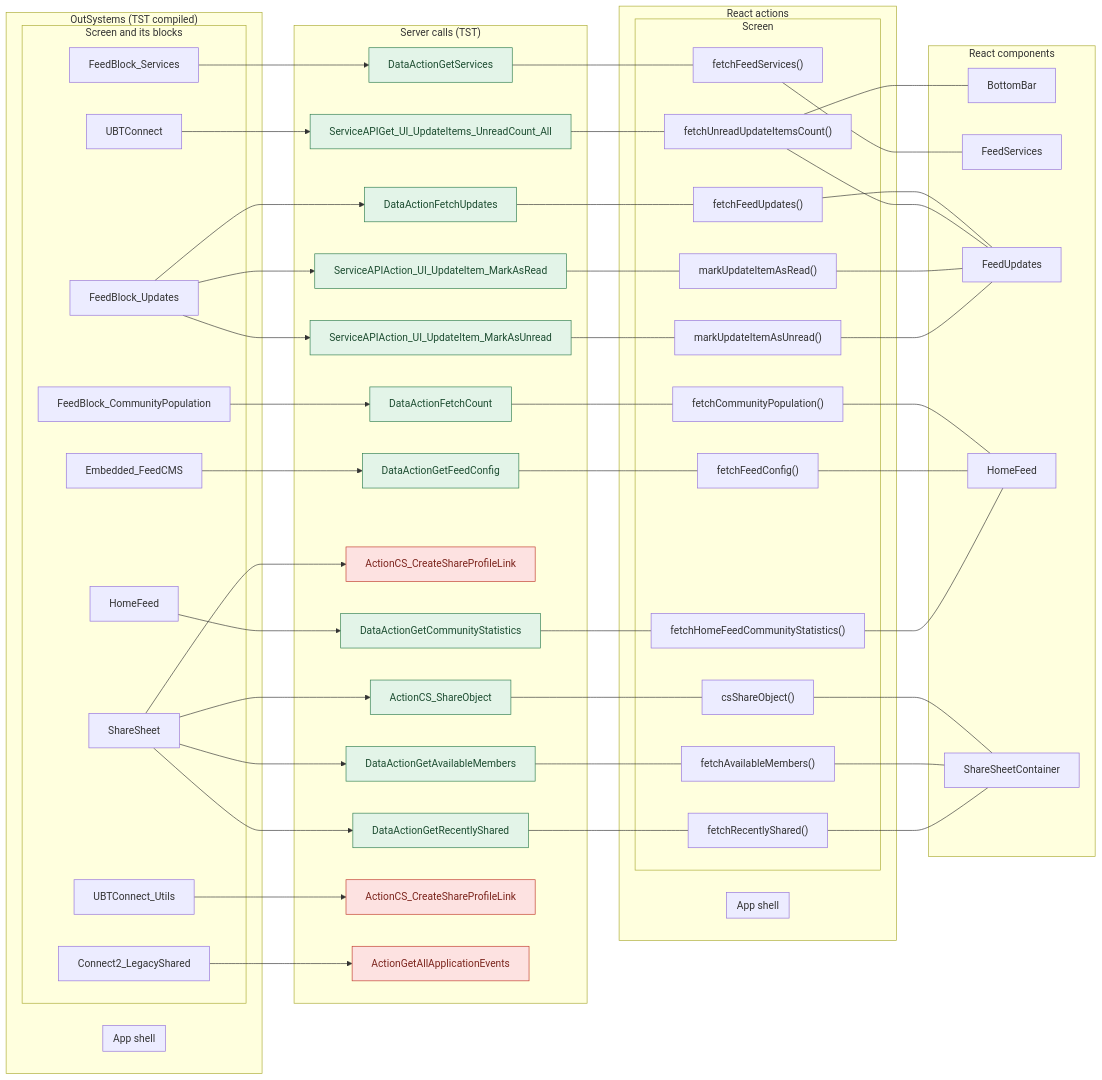
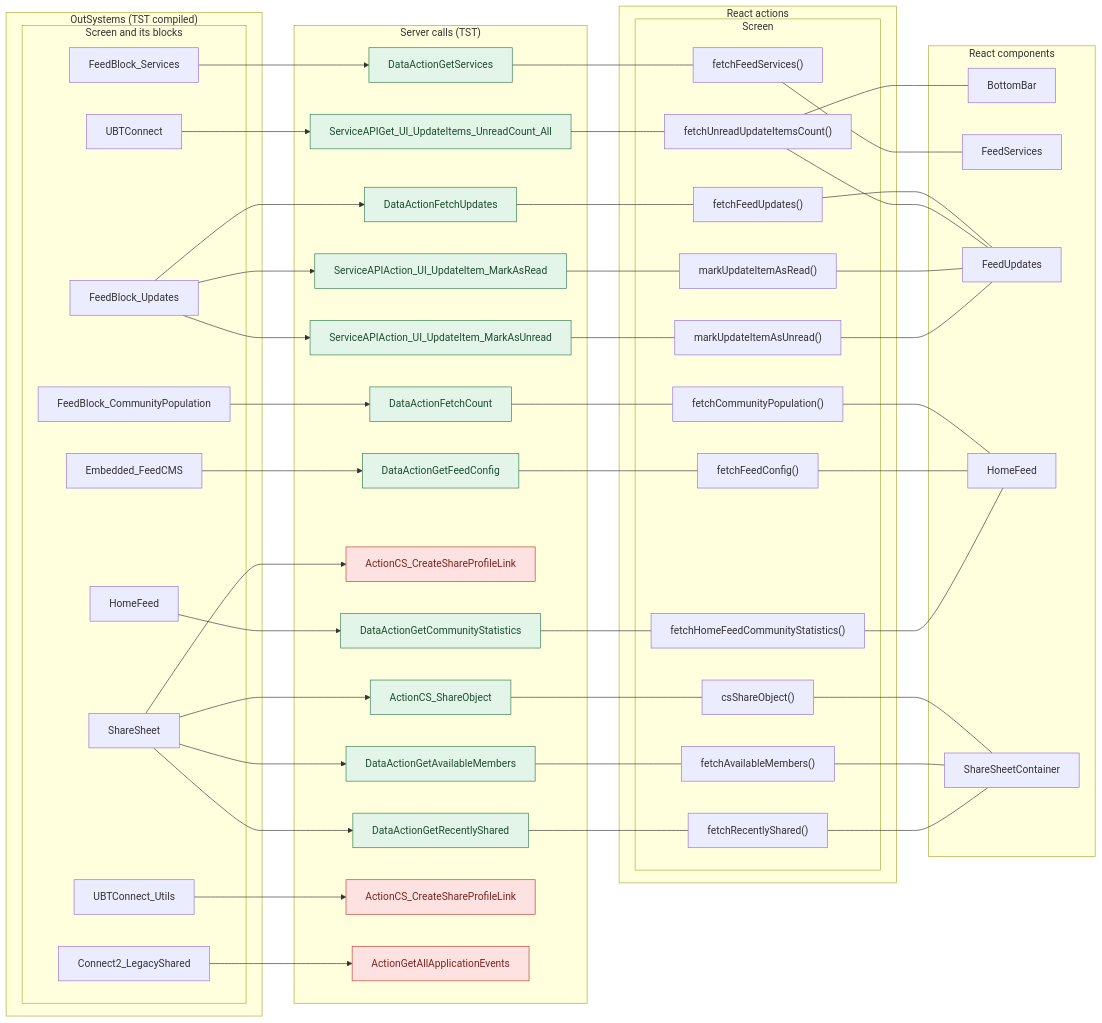
One commit to Phoenix-DX/connect-new-ui changed the first of 51 diagrams in route-actions/routes/HomeFeed.md. Above: the diagram before and after it, drawn with Mermaid. The commit also changed 6 other files, not shown here.

Commit message:
route actions tool: no empty diagram or empty subgraphs (Mermaid wrapped their titles); APP_SHELL merges only the checked routes

````diff
--- a/route-actions/routes/HomeFeed.md
+++ b/route-actions/routes/HomeFeed.md
@@ -50,8 +50,6 @@
 ```mermaid
 flowchart LR
   subgraph OS["OutSystems (TST compiled)"]
-    subgraph OS_shell["App shell"]
-    end
     subgraph OS_screen["Screen and its blocks"]
       o0["Connect2_LegacyShared"]
       o1["Embedded_FeedCMS"]
@@ -81,8 +79,6 @@
     e22["ActionGetAllApplicationEvents"]
   end
   subgraph RE["React actions"]
-    subgraph RE_shell["App shell"]
-    end
     subgraph RE_page["Screen"]
       r23["csShareObject()"]
       r24["fetchAvailableMembers()"]
````
